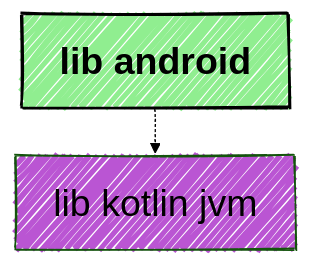
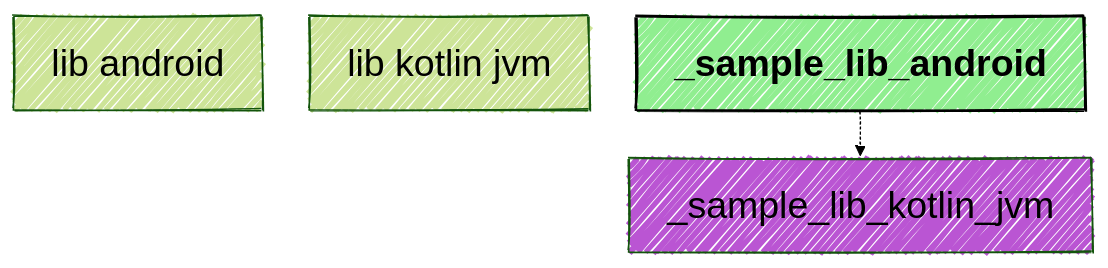
The diagram in samples/sample-mermaid/sample-lib-android/modular/chart.mmd (jonapoul/atlas), drawn with Mermaid before and after one commit. The commit also changed 15 other files, not shown here.

Commit message:
Group modules in mermaid (#169)

```diff
--- a/samples/sample-mermaid/sample-lib-android/modular/chart.mmd
+++ b/samples/sample-mermaid/sample-lib-android/modular/chart.mmd
@@ -1,27 +1,27 @@
 ---
 config:
   layout: elk
   look: handDrawn
   theme: forest
   elk:
     mergeEdges: true
     forceNodeModelOrder: true
     nodePlacementStrategy: LINEAR_SEGMENTS
     cycleBreakingStrategy: INTERACTIVE
     considerModelOrder: PREFER_EDGES
   themeVariables:
     background: #FFF
     fontFamily: arial
     lineColor: #55FF55
     primaryBorderColor: #FF5555
     primaryColor: #ABC123
     darkMode: true
     fontSize: 30px
     defaultLinkColor: #5555FF
 ---
 graph TD
-  _sample_lib_android["lib android"]
-  _sample_lib_kotlin_jvm["lib kotlin jvm"]
+  lib_android["lib android"]
+  lib_kotlin_jvm["lib kotlin jvm"]
   style _sample_lib_android fill:lightgreen,color:black,font-weight:bold,stroke:black,stroke-width:2px
   style _sample_lib_kotlin_jvm fill:mediumorchid,color:black
   _sample_lib_android -.-> _sample_lib_kotlin_jvm
```
